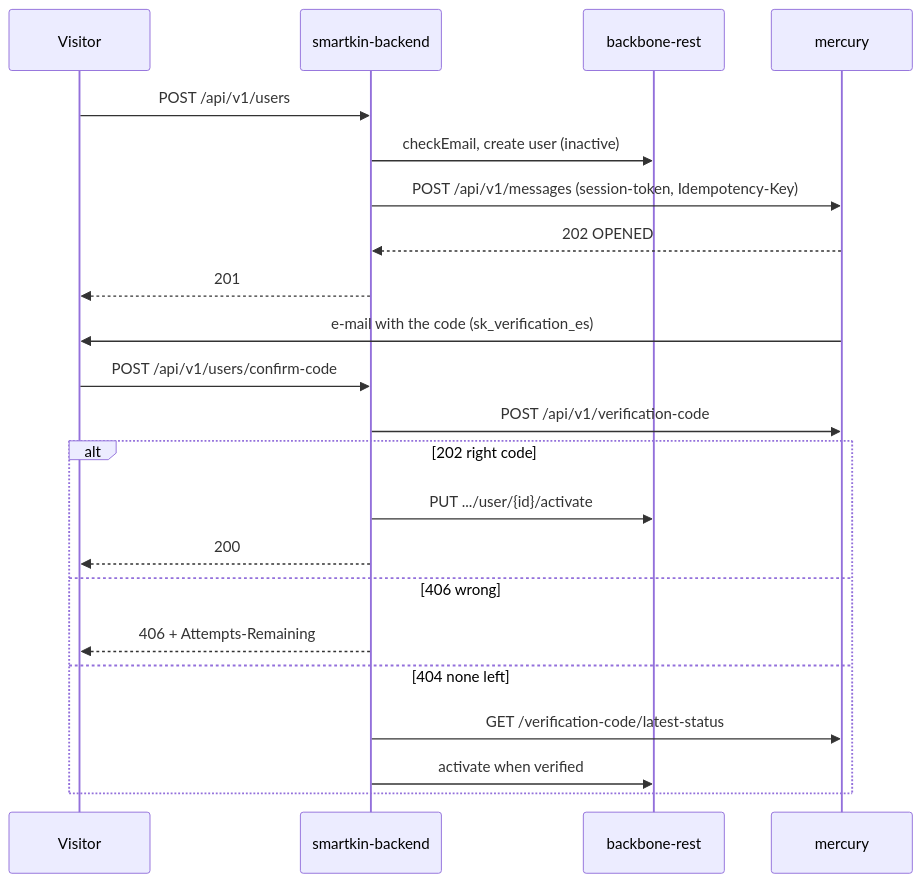
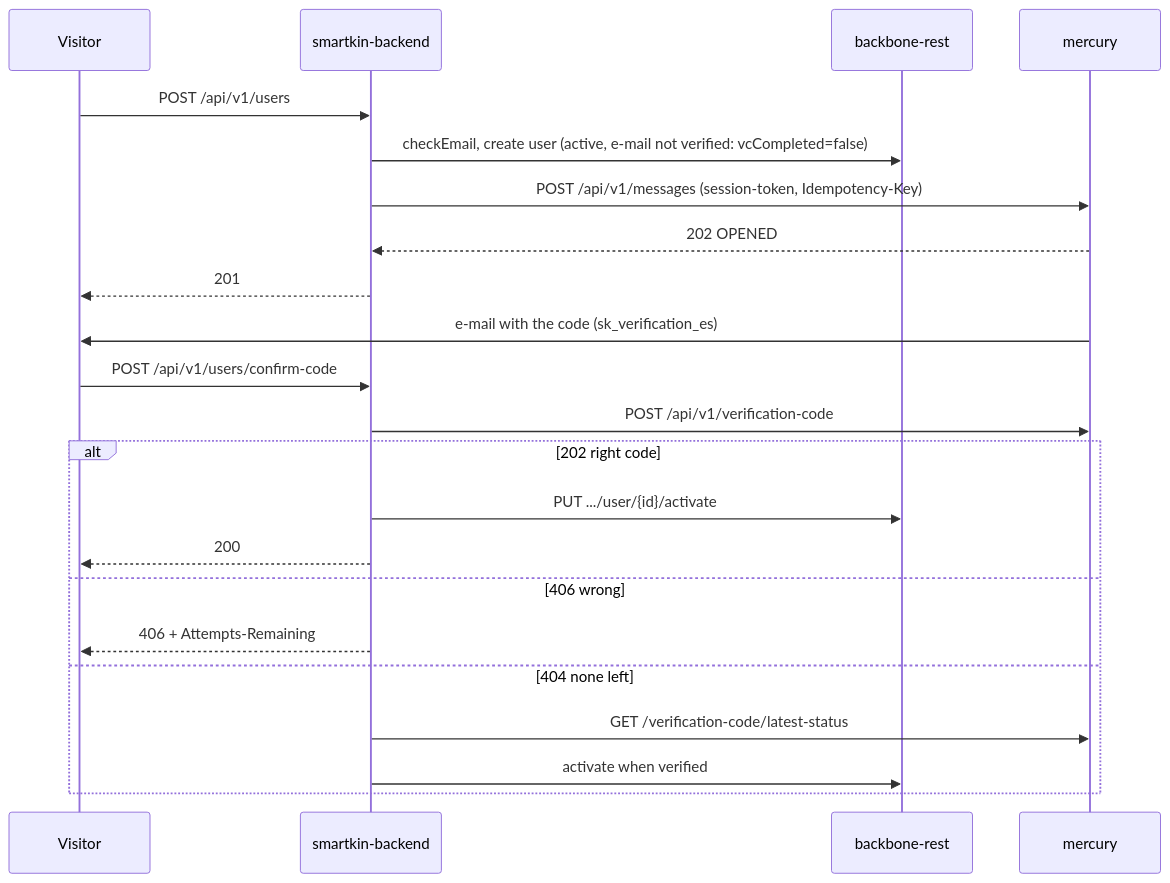
Before and after one commit to um-dev-creative/smartkin-backend: the seventh of 29 diagrams in docs/TECHNICAL_GUIDE.md, drawn with Mermaid. The commit also changed other lines of this file and 5 other files, not shown here.

Commit message:
fix(users): create the user active so it can sign in and reach the verification page

````diff
--- a/docs/TECHNICAL_GUIDE.md
+++ b/docs/TECHNICAL_GUIDE.md
@@ -269,24 +269,24 @@
 ```mermaid
 sequenceDiagram
     participant U as Visitor
     participant S as smartkin-backend
     participant B as backbone-rest
     participant M as mercury
     U->>S: POST /api/v1/users
-    S->>B: checkEmail, create user (inactive)
+    S->>B: checkEmail, create user (active, e-mail not verified: vcCompleted=false)
     S->>M: POST /api/v1/messages (session-token, Idempotency-Key)
     M-->>S: 202 OPENED
     S-->>U: 201
     M->>U: e-mail with the code (sk_verification_es)
     U->>S: POST /api/v1/users/confirm-code
     S->>M: POST /api/v1/verification-code
     alt 202 right code
         S->>B: PUT .../user/{id}/activate
         S-->>U: 200
     else 406 wrong
         S-->>U: 406 + Attempts-Remaining
     else 404 none left
         S->>M: GET /verification-code/latest-status
         S->>B: activate when verified
     end
 ```
````
